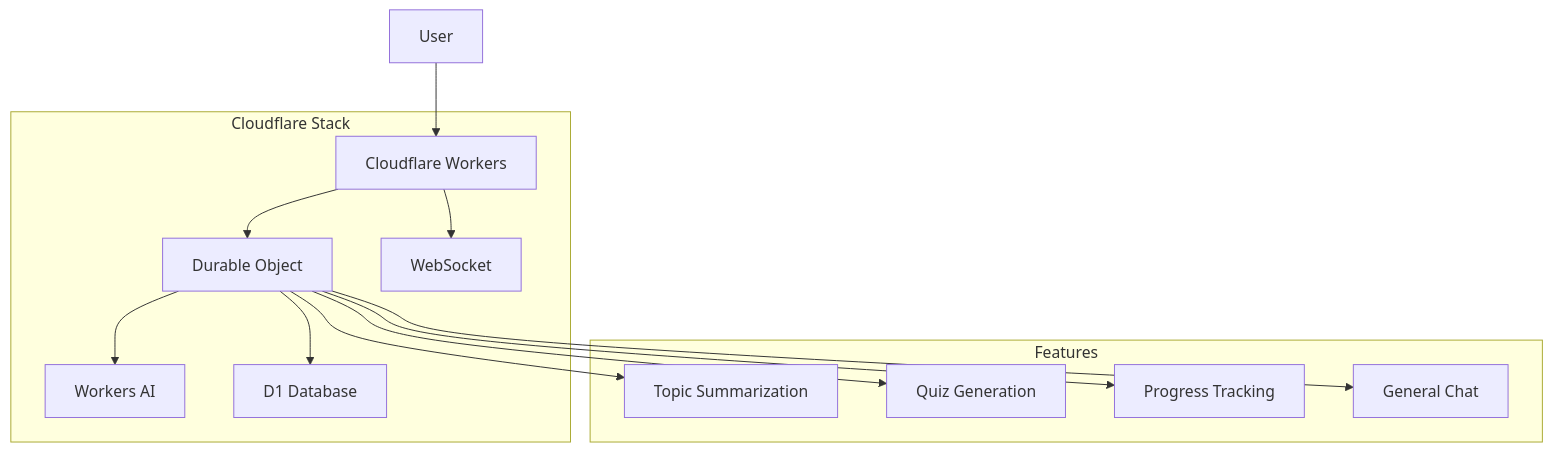
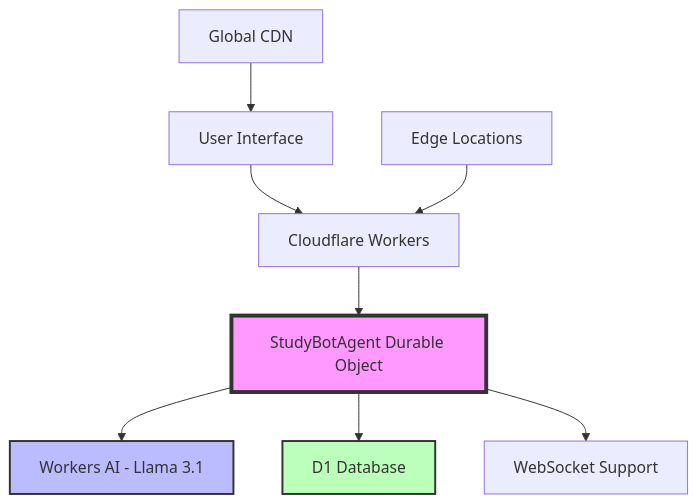
Before and after one commit to shivraj-S-bhatti/cf_ai_studybot: the diagram in README.md, drawn with Mermaid. The commit also changed other lines of this file and 4 other files, not shown here.

````diff
--- a/README.md
+++ b/README.md
@@ -36,28 +31,15 @@
 ```mermaid
 graph TB
-    A[User] --> B[Cloudflare Workers]
-    B --> C[Durable Object]
-    C --> D[Workers AI]
+    A[User Interface] --> B[Cloudflare Workers]
+    B --> C[StudyBotAgent Durable Object]
+    C --> D[Workers AI - Llama 3.1]
     C --> E[D1 Database]
-    B --> F[WebSocket]
+    C --> F[WebSocket Support]
     
-    subgraph "Cloudflare Stack"
-        B
-        C
-        D
-        E
-        F
-    end
+    G[Edge Locations] --> B
+    H[Global CDN] --> A
     
-    subgraph "Features"
-        G[Topic Summarization]
-        H[Quiz Generation]
-        I[Progress Tracking]
-        J[General Chat]
-    end
-    
-    C --> G
-    C --> H
-    C --> I
-    C --> J
+    style C fill:#f9f,stroke:#333,stroke-width:4px
+    style D fill:#bbf,stroke:#333,stroke-width:2px
+    style E fill:#bfb,stroke:#333,stroke-width:2px
 ```
````
